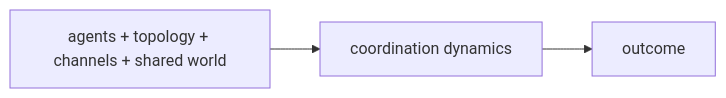
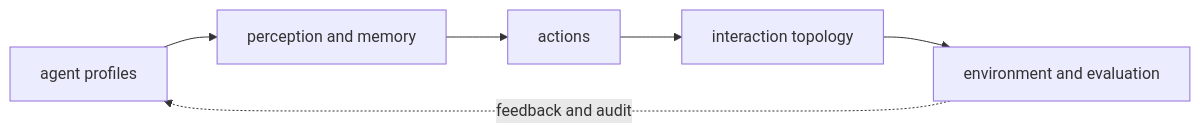
One commit to niyama-admin/learning-lab changed the first of 2 diagrams in llm-learning-repository/tutorials/04-agents-and-protocols/20-multi-agent-survey.md. Above: the diagram before and after it, drawn with Mermaid. The commit also changed other lines of this file and 24 other files, not shown here.

````diff
--- a/llm-learning-repository/tutorials/04-agents-and-protocols/20-multi-agent-survey.md
+++ b/llm-learning-repository/tutorials/04-agents-and-protocols/20-multi-agent-survey.md
@@ -9,5 +22,8 @@
 ```mermaid
 flowchart LR
-  A["agents + topology + channels + shared world"] --> B["coordination dynamics"]
-  B["coordination dynamics"] --> C["outcome"]
+  A["agent profiles"] --> B["perception and memory"]
+  B --> C["actions"]
+  C --> D["interaction topology"]
+  D --> E["environment and evaluation"]
+  E -. feedback and audit .-> A
 ```
````
